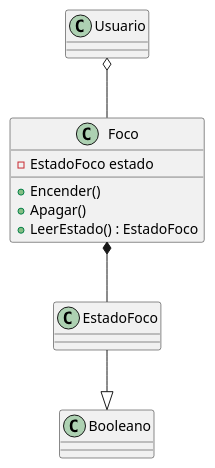
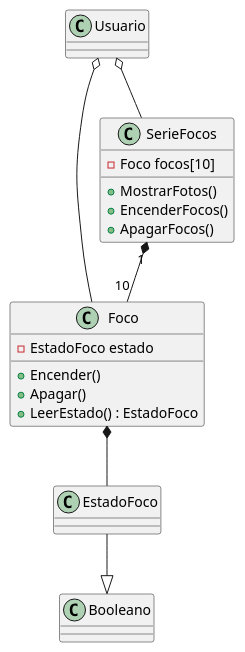
Before and after one commit to Diego-DelRio/3E261-SegundoParcial: the diagram in docs/foco.puml, drawn with PlantUML. The commit also changed 4 other files, not shown here.

```diff
--- a/docs/foco.puml
+++ b/docs/foco.puml
@@ -1,17 +1,26 @@
 @startuml foco
 
 class Usuario
 
 class Foco{
     - EstadoFoco estado
     + Encender()
     + Apagar()
     + LeerEstado() : EstadoFoco
 }
 
 class EstadoFoco
 
+class SerieFocos{
+    - Foco focos[10]
+    + MostrarFotos()
+    + EncenderFocos()
+    + ApagarFocos()
+}
 Usuario o-- Foco
 Foco *-- EstadoFoco
 EstadoFoco --|> Booleano
+SerieFocos "1" *-- "10" Foco
+Usuario o-- SerieFocos
+
 @enduml
```
